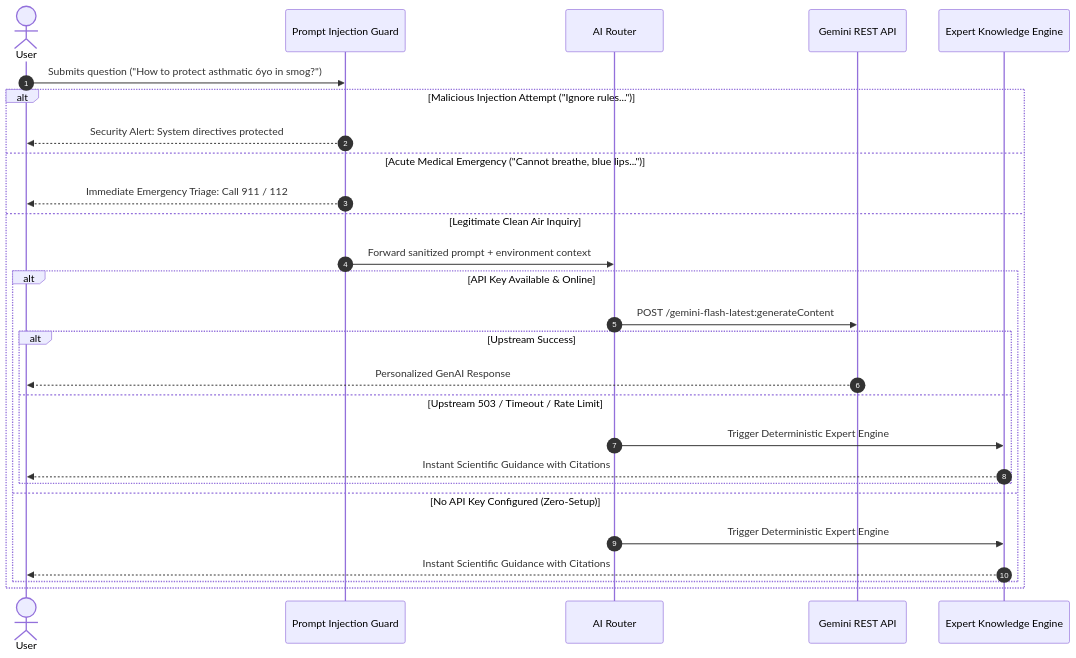
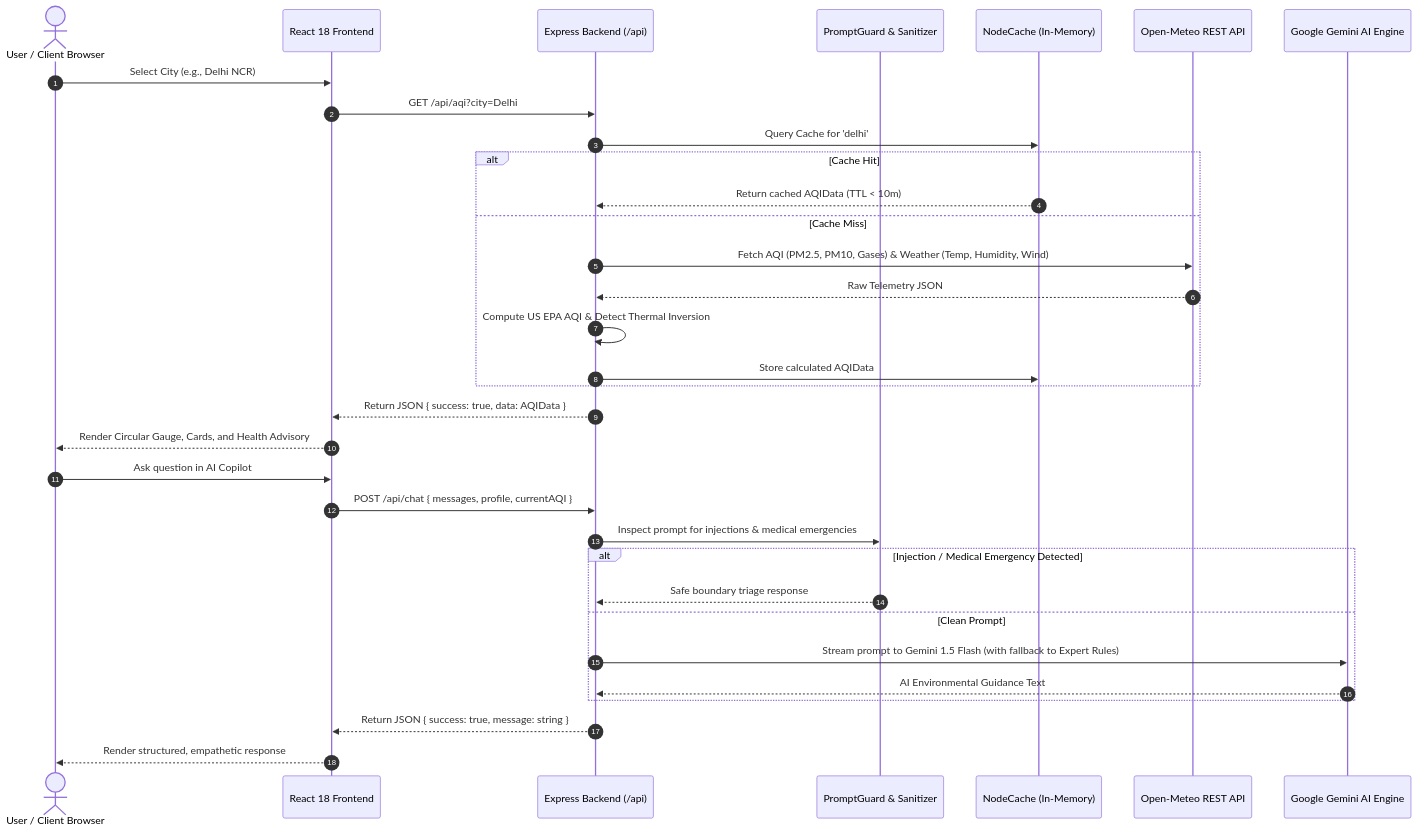
The second of 3 diagrams in README.md (innocentgaming/virtual6), drawn with Mermaid before and after one commit. The commit also changed other lines of this file and 1 other file, not shown here.

````diff
--- a/README.md
+++ b/README.md
@@ -159,30 +212,37 @@
 ```mermaid
 sequenceDiagram
     autonumber
-    actor User as User
-    participant Guard as Prompt Injection Guard
-    participant Router as AI Router
-    participant Gemini as Gemini REST API
-    participant Fallback as Expert Knowledge Engine
-    
-    User->>Guard: Submits question ("How to protect asthmatic 6yo in smog?")
-    alt Malicious Injection Attempt ("Ignore rules...")
-        Guard-->>User: Security Alert: System directives protected
-    else Acute Medical Emergency ("Cannot breathe, blue lips...")
-        Guard-->>User: Immediate Emergency Triage: Call 911 / 112
-    else Legitimate Clean Air Inquiry
-        Guard->>Router: Forward sanitized prompt + environment context
-        alt API Key Available & Online
-            Router->>Gemini: POST /gemini-flash-latest:generateContent
-            alt Upstream Success
-                Gemini-->>User: Personalized GenAI Response
-            else Upstream 503 / Timeout / Rate Limit
-                Router->>Fallback: Trigger Deterministic Expert Engine
-                Fallback-->>User: Instant Scientific Guidance with Citations
-            end
-        else No API Key Configured (Zero-Setup)
-            Router->>Fallback: Trigger Deterministic Expert Engine
-            Fallback-->>User: Instant Scientific Guidance with Citations
-        end
+    actor User as User / Client Browser
+    participant React as React 18 Frontend
+    participant Server as Express Backend (/api)
+    participant Guard as PromptGuard & Sanitizer
+    participant Cache as NodeCache (In-Memory)
+    participant OpenMeteo as Open-Meteo REST API
+    participant Gemini as Google Gemini AI Engine
+
+    User->>React: Select City (e.g., Delhi NCR)
+    React->>Server: GET /api/aqi?city=Delhi
+    Server->>Cache: Query Cache for 'delhi'
+    alt Cache Hit
+        Cache-->>Server: Return cached AQIData (TTL < 10m)
+    else Cache Miss
+        Server->>OpenMeteo: Fetch AQI (PM2.5, PM10, Gases) & Weather (Temp, Humidity, Wind)
+        OpenMeteo-->>Server: Raw Telemetry JSON
+        Server->>Server: Compute US EPA AQI & Detect Thermal Inversion
+        Server->>Cache: Store calculated AQIData
     end
+    Server-->>React: Return JSON { success: true, data: AQIData }
+    React-->>User: Render Circular Gauge, Cards, and Health Advisory
+
+    User->>React: Ask question in AI Copilot
+    React->>Server: POST /api/chat { messages, profile, currentAQI }
+    Server->>Guard: Inspect prompt for injections & medical emergencies
+    alt Injection / Medical Emergency Detected
+        Guard-->>Server: Safe boundary triage response
+    else Clean Prompt
+        Server->>Gemini: Stream prompt to Gemini 1.5 Flash (with fallback to Expert Rules)
+        Gemini-->>Server: AI Environmental Guidance Text
+    end
+    Server-->>React: Return JSON { success: true, message: string }
+    React-->>User: Render structured, empathetic response
 ```
````
